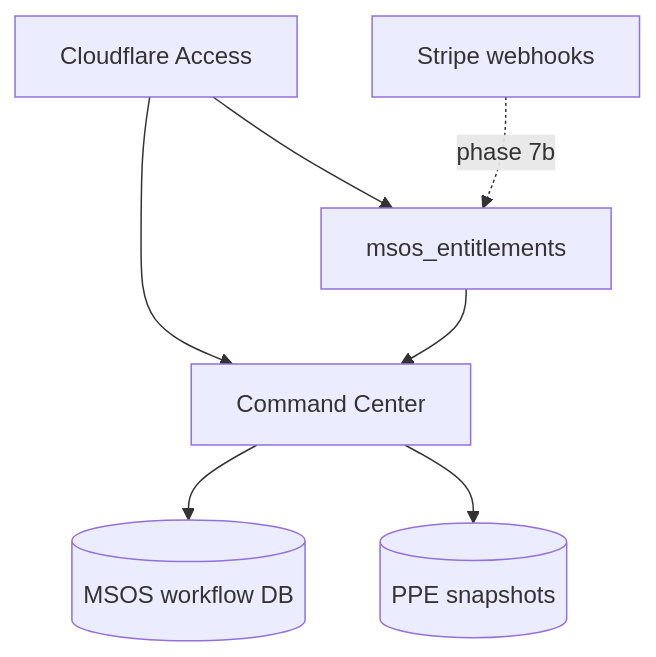
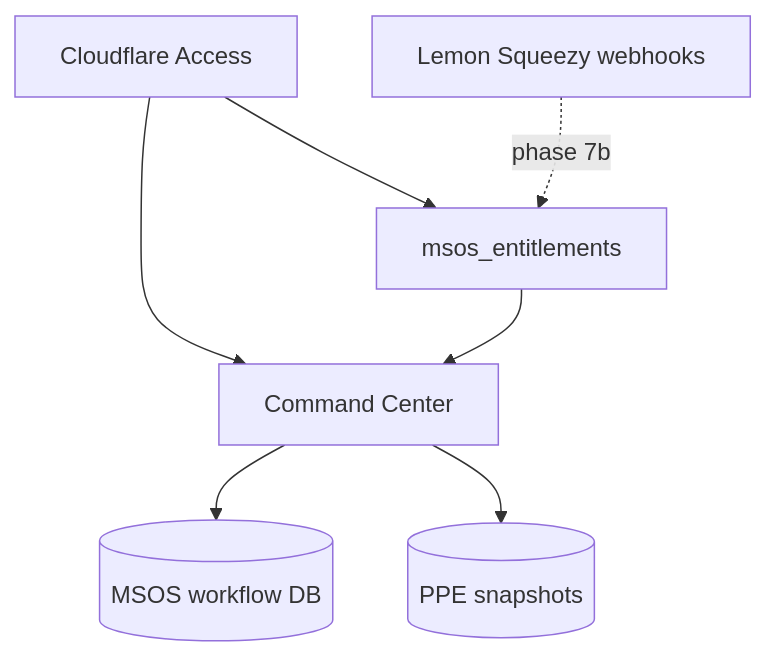
One commit to DanielTabakman/Probability-prediction-engine changed the diagram in docs/SOP/MSOS_LIVE_PRODUCT_SEQUENCE_V1.md. Above: the diagram before and after it, drawn with Mermaid. The commit also changed other lines of this file and 25 other files, not shown here.

First line of the commit message:
control-plane: pivot billing to Lemon Squeezy (MoR)

````diff
--- a/docs/SOP/MSOS_LIVE_PRODUCT_SEQUENCE_V1.md
+++ b/docs/SOP/MSOS_LIVE_PRODUCT_SEQUENCE_V1.md
@@ -91,16 +91,16 @@
 ```mermaid
 flowchart TB
   CF[Cloudflare Access]
   ENT[msos_entitlements]
   CC[Command Center]
   MSOS[(MSOS workflow DB)]
   SNAP[(PPE snapshots)]
-  STRIPE[Stripe webhooks]
+  STRIPE[Lemon Squeezy webhooks]
 
   CF --> ENT
   CF --> CC
   ENT --> CC
   CC --> MSOS
   CC --> SNAP
   STRIPE -.->|phase 7b| ENT
 ```
````
